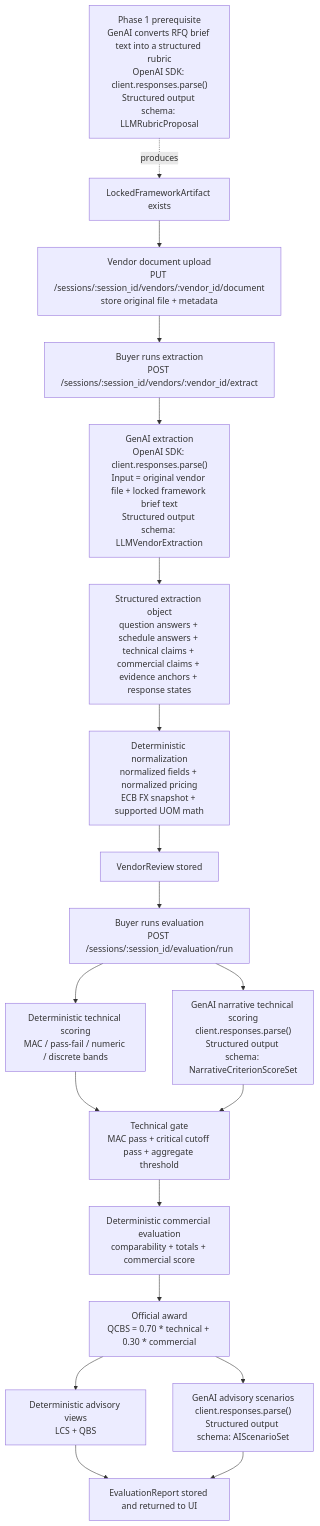
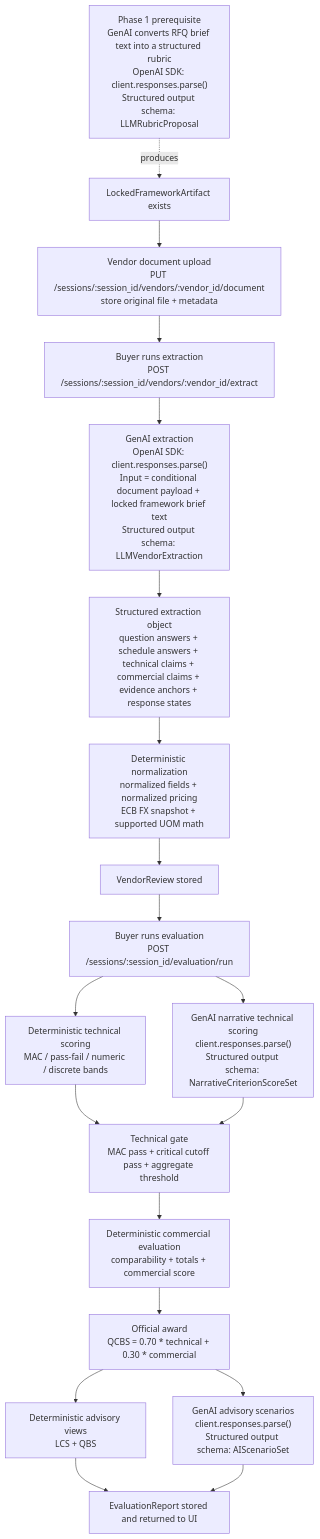
Before and after one commit to architworks/rfq_automation_system: the first of 2 diagrams in tenderlens-docs/docs/technical-appendix/implementation-pipeline.mdx, drawn with Mermaid. The commit also changed other lines of this file and 19 other files, not shown here.

````diff
--- a/tenderlens-docs/docs/technical-appendix/implementation-pipeline.mdx
+++ b/tenderlens-docs/docs/technical-appendix/implementation-pipeline.mdx
@@ -12,52 +12,52 @@
 ```mermaid
 flowchart TD
     P0["Phase 1 prerequisite<br/>GenAI converts RFQ brief text into a structured rubric<br/>OpenAI SDK: client.responses.parse()<br/>Structured output schema: LLMRubricProposal"]
     P["LockedFrameworkArtifact exists"]
     P0 -. produces .-> P
 
     U["Vendor document upload<br/>PUT /sessions/:session_id/vendors/:vendor_id/document<br/>store original file + metadata"]
     P --> U
 
     X["Buyer runs extraction<br/>POST /sessions/:session_id/vendors/:vendor_id/extract"]
     U --> X
 
-    G1["GenAI extraction<br/>OpenAI SDK: client.responses.parse()<br/>Input = original vendor file + locked framework brief text<br/>Structured output schema: LLMVendorExtraction"]
+    G1["GenAI extraction<br/>OpenAI SDK: client.responses.parse()<br/>Input = conditional document payload + locked framework brief text<br/>Structured output schema: LLMVendorExtraction"]
     X --> G1
 
     R["Structured extraction object<br/>question answers + schedule answers + technical claims + commercial claims + evidence anchors + response states"]
     G1 --> R
 
     N["Deterministic normalization<br/>normalized fields + normalized pricing<br/>ECB FX snapshot + supported UOM math"]
     R --> N
 
     S["VendorReview stored"]
     N --> S
 
     E["Buyer runs evaluation<br/>POST /sessions/:session_id/evaluation/run"]
     S --> E
 
     D["Deterministic technical scoring<br/>MAC / pass-fail / numeric / discrete bands"]
     G2["GenAI narrative technical scoring<br/>client.responses.parse()<br/>Structured output schema: NarrativeCriterionScoreSet"]
     E --> D
     E --> G2
 
     TG["Technical gate<br/>MAC pass + critical cutoff pass + aggregate threshold"]
     D --> TG
     G2 --> TG
 
     M["Deterministic commercial evaluation<br/>comparability + totals + commercial score"]
     TG --> M
 
     O["Official award<br/>QCBS = 0.70 * technical + 0.30 * commercial"]
     M --> O
 
     LQ["Deterministic advisory views<br/>LCS + QBS"]
     O --> LQ
 
     AIG["GenAI advisory scenarios<br/>client.responses.parse()<br/>Structured output schema: AIScenarioSet"]
     O --> AIG
 
     SAVE["EvaluationReport stored and returned to UI"]
     LQ --> SAVE
     AIG --> SAVE
 ```
````
